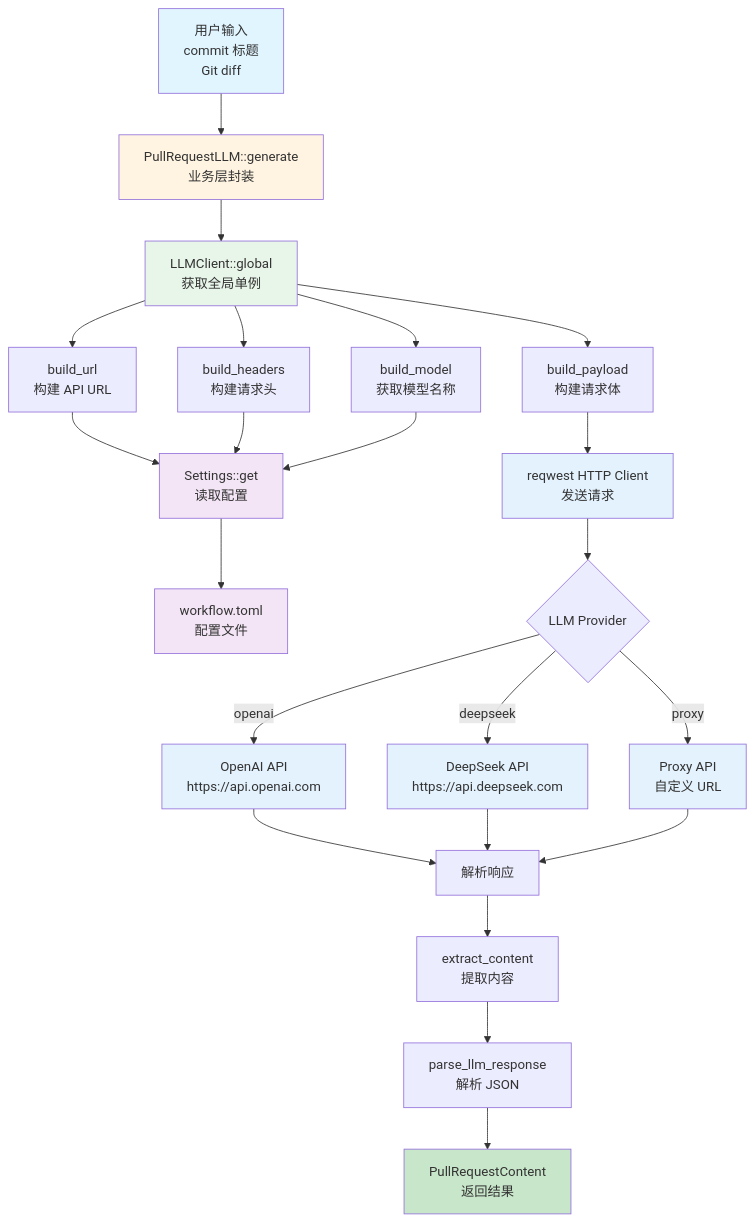
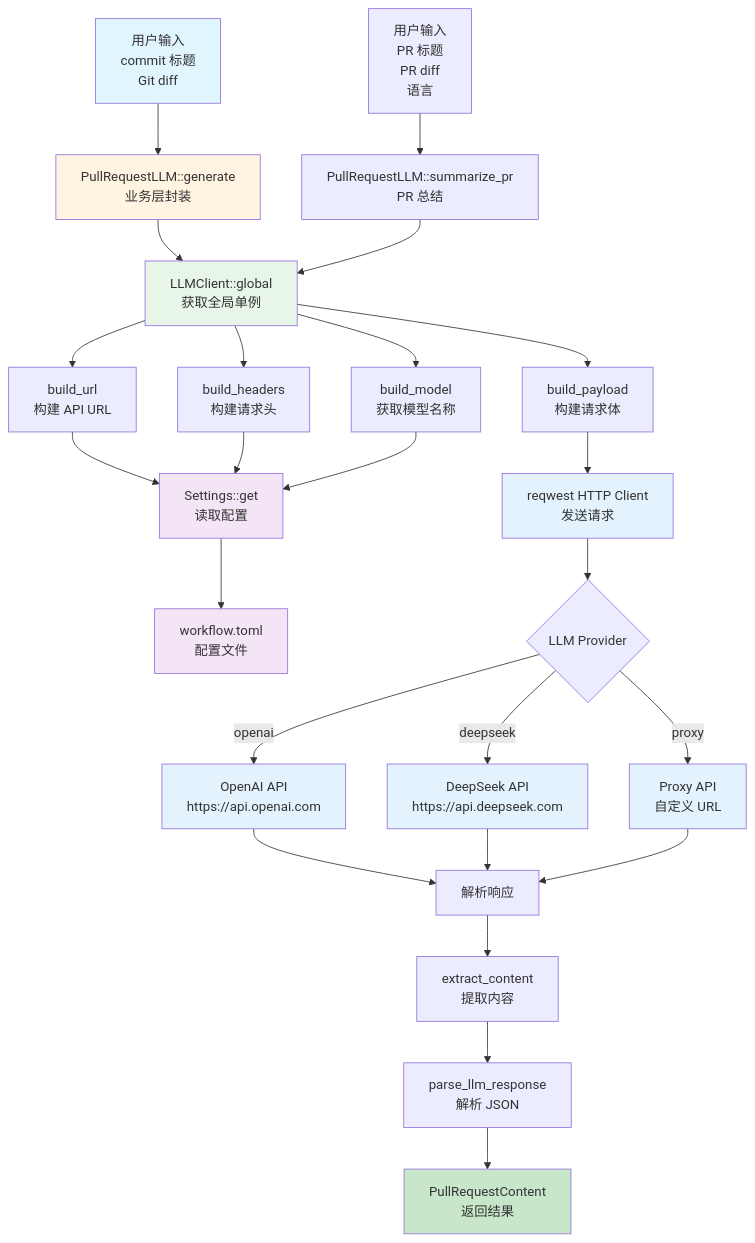
One commit to zevwings/workflow.rs changed the first of 2 diagrams in docs/architecture/lib/LLM_ARCHITECTURE.md. Above: the diagram before and after it, drawn with Mermaid. The commit also changed other lines of this file and 36 other files, not shown here.

````diff
--- a/docs/architecture/lib/LLM_ARCHITECTURE.md
+++ b/docs/architecture/lib/LLM_ARCHITECTURE.md
@@ -304,44 +365,46 @@
 ```mermaid
 graph TB
     User[用户输入<br/>commit 标题<br/>Git diff] --> PRLLM[PullRequestLLM::generate<br/>业务层封装]
+    User2[用户输入<br/>PR 标题<br/>PR diff<br/>语言] --> PRLLM2[PullRequestLLM::summarize_pr<br/>PR 总结]
 
     PRLLM --> Client[LLMClient::global<br/>获取全局单例]
+    PRLLM2 --> Client
 
     Client --> BuildURL[build_url<br/>构建 API URL]
     Client --> BuildHeaders[build_headers<br/>构建请求头]
     Client --> BuildModel[build_model<br/>获取模型名称]
     Client --> BuildPayload[build_payload<br/>构建请求体]
 
     BuildURL --> Settings[Settings::get<br/>读取配置]
     BuildHeaders --> Settings
     BuildModel --> Settings
 
     Settings --> Config[workflow.toml<br/>配置文件]
 
     BuildPayload --> HTTP[reqwest HTTP Client<br/>发送请求]
 
     HTTP --> Provider{LLM Provider}
 
     Provider -->|openai| OpenAI[OpenAI API<br/>https://api.openai.com]
     Provider -->|deepseek| DeepSeek[DeepSeek API<br/>https://api.deepseek.com]
     Provider -->|proxy| Proxy[Proxy API<br/>自定义 URL]
 
     OpenAI --> Response[解析响应]
     DeepSeek --> Response
     Proxy --> Response
 
     Response --> Extract[extract_content<br/>提取内容]
     Extract --> Parse[parse_llm_response<br/>解析 JSON]
     Parse --> Result[PullRequestContent<br/>返回结果]
 
     style User fill:#e1f5ff
     style PRLLM fill:#fff4e1
     style Client fill:#e8f5e9
     style Settings fill:#f3e5f5
     style Config fill:#f3e5f5
     style HTTP fill:#e3f2fd
     style OpenAI fill:#e3f2fd
     style DeepSeek fill:#e3f2fd
     style Proxy fill:#e3f2fd
     style Result fill:#c8e6c9
 ```
````
